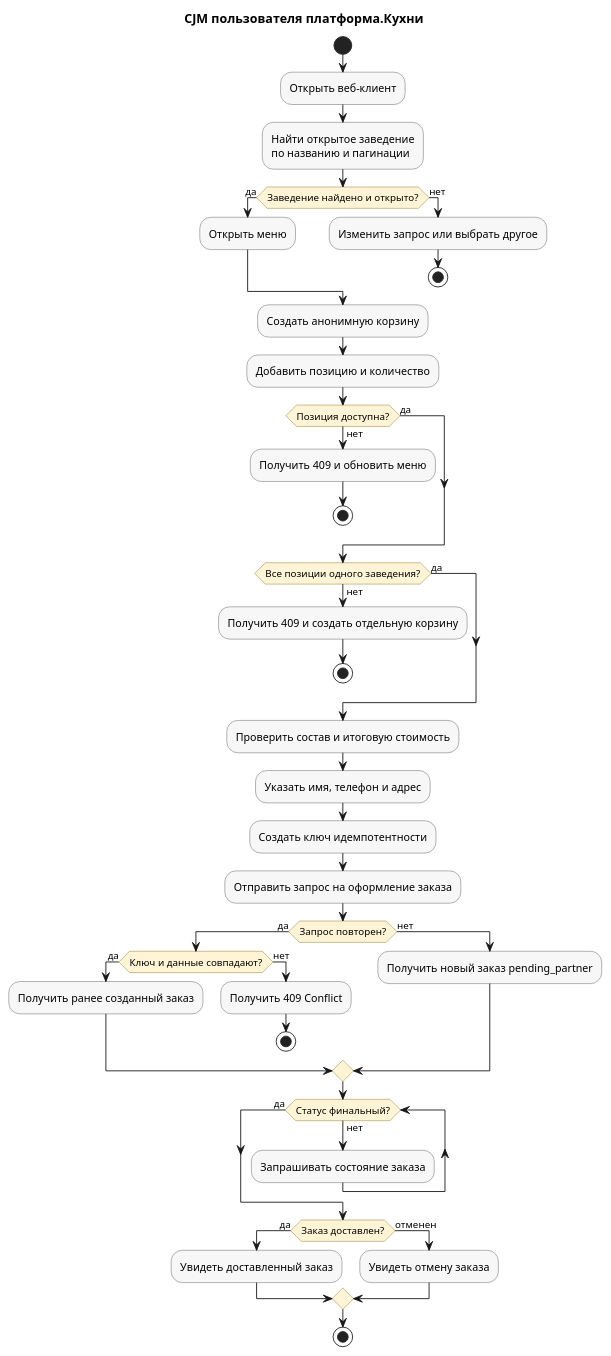
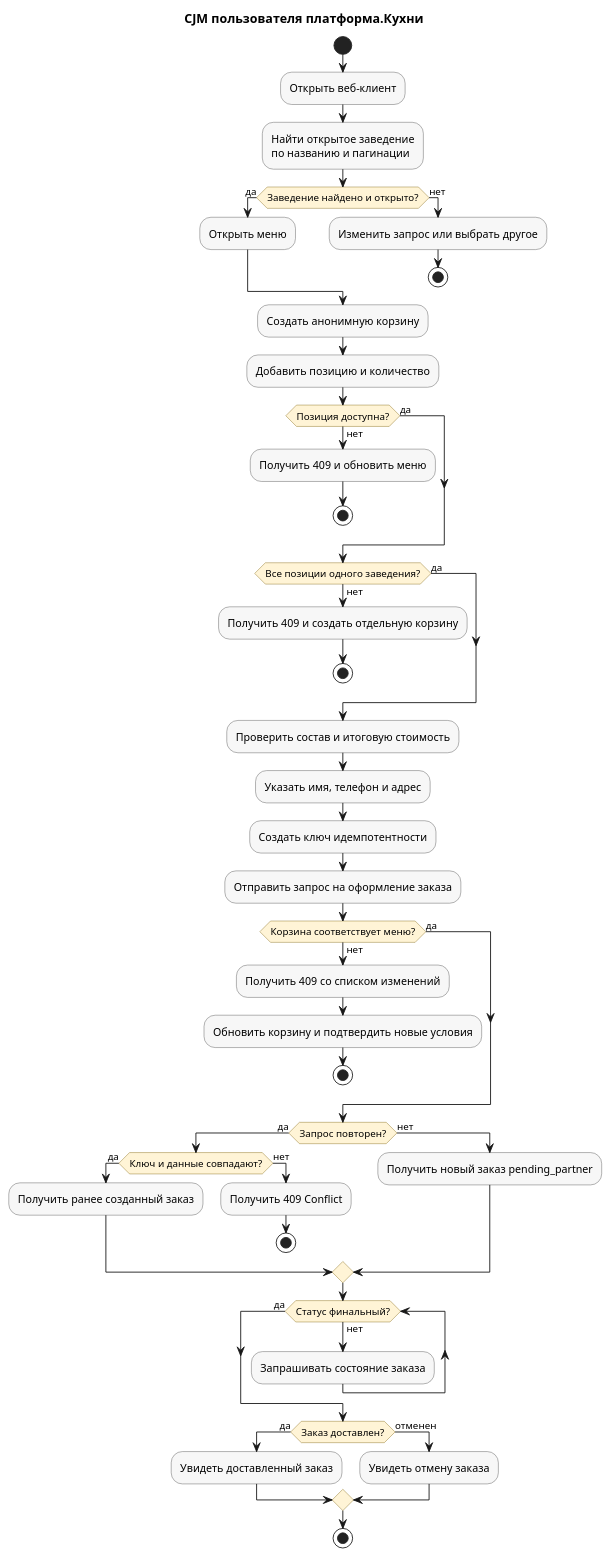
Before and after one commit to aartchik/food-ordering-api: the diagram in docs/customer-journey.puml, drawn with PlantUML. The commit also changed 10 other files, not shown here.

```diff
--- a/docs/customer-journey.puml
+++ b/docs/customer-journey.puml
@@ -1,62 +1,68 @@
 @startuml customer_journey
 title CJM пользователя платформа.Кухни
 
 skinparam shadowing false
 skinparam activity {
   BackgroundColor #F7F7F7
   BorderColor #555555
   DiamondBackgroundColor #FFF4D6
   DiamondBorderColor #8A6D1D
 }
 
 start
 :Открыть веб-клиент;
 :Найти открытое заведение\nпо названию и пагинации;
 if (Заведение найдено и открыто?) then (да)
   :Открыть меню;
 else (нет)
   :Изменить запрос или выбрать другое;
   stop
 endif
 
 :Создать анонимную корзину;
 :Добавить позицию и количество;
 if (Позиция доступна?) then (да)
 else (нет)
   :Получить 409 и обновить меню;
   stop
 endif
 
 if (Все позиции одного заведения?) then (да)
 else (нет)
   :Получить 409 и создать отдельную корзину;
   stop
 endif
 
 :Проверить состав и итоговую стоимость;
 :Указать имя, телефон и адрес;
 :Создать ключ идемпотентности;
 :Отправить запрос на оформление заказа;
+if (Корзина соответствует меню?) then (да)
+else (нет)
+  :Получить 409 со списком изменений;
+  :Обновить корзину и подтвердить новые условия;
+  stop
+endif
 if (Запрос повторен?) then (да)
   if (Ключ и данные совпадают?) then (да)
     :Получить ранее созданный заказ;
   else (нет)
     :Получить 409 Conflict;
     stop
   endif
 else (нет)
   :Получить новый заказ pending_partner;
 endif
 
 while (Статус финальный?) is (нет)
   :Запрашивать состояние заказа;
 endwhile (да)
 
 if (Заказ доставлен?) then (да)
   :Увидеть доставленный заказ;
 else (отменен)
   :Увидеть отмену заказа;
 endif
 stop
 
 @enduml
```
